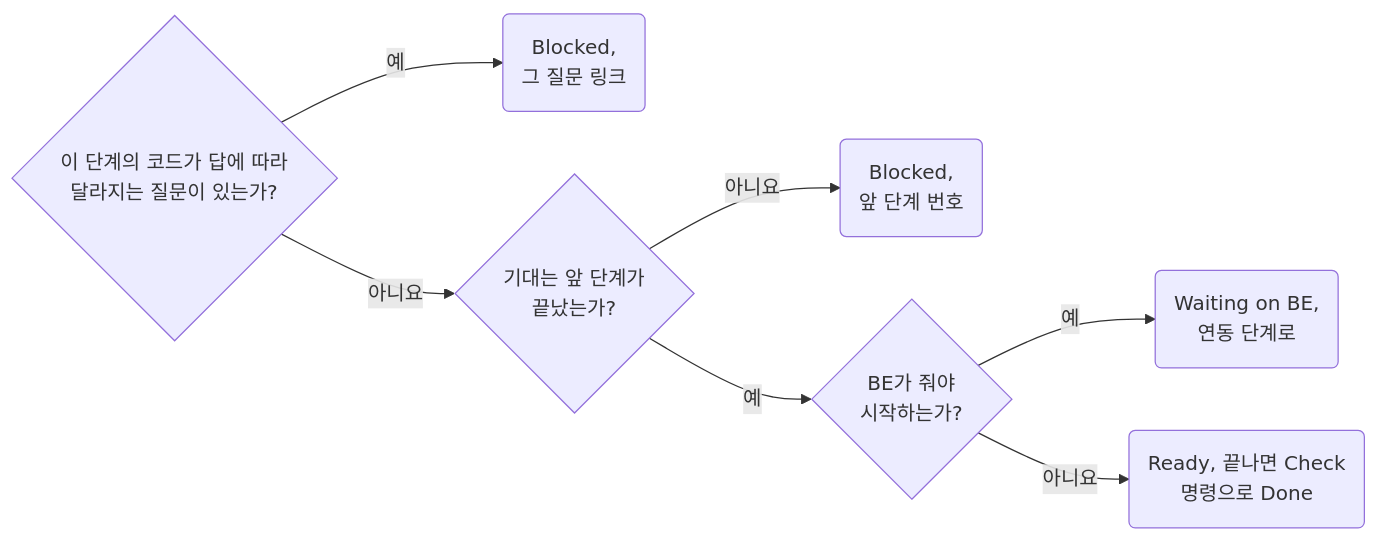
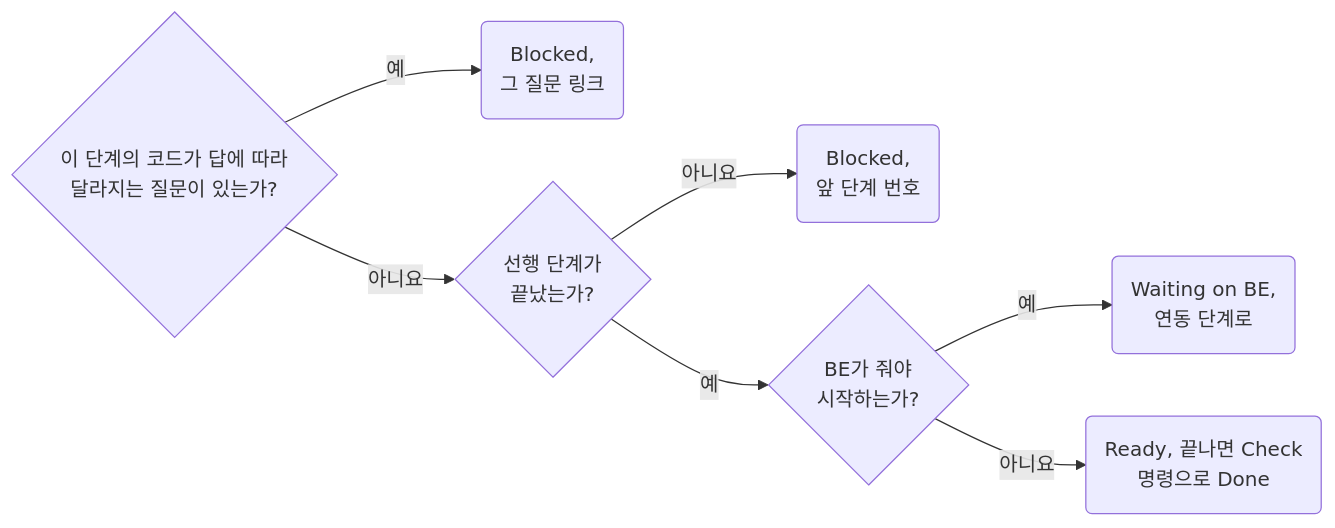
Before and after one commit to nomeehej/agent-conventions: the diagram in skill/blueprint/rules/05-01-stage-split-work-into-gated-stages.md, drawn with Mermaid. The commit also changed other lines of this file and 13 other files, not shown here.

````diff
--- a/skill/blueprint/rules/05-01-stage-split-work-into-gated-stages.md
+++ b/skill/blueprint/rules/05-01-stage-split-work-into-gated-stages.md
@@ -19,7 +19,7 @@
 ```mermaid
 flowchart LR
 	q1{"이 단계의 코드가 답에 따라<br>달라지는 질문이 있는가?"} -- 예 --> r1("Blocked,<br>그 질문 링크")
-	q1 -- 아니요 --> q2{"기대는 앞 단계가<br>끝났는가?"} -- 아니요 --> r2("Blocked,<br>앞 단계 번호")
+	q1 -- 아니요 --> q2{"선행 단계가<br>끝났는가?"} -- 아니요 --> r2("Blocked,<br>앞 단계 번호")
 	q2 -- 예 --> q3{"BE가 줘야<br>시작하는가?"} -- 예 --> r3("Waiting on BE,<br>연동 단계로")
 	q3 -- 아니요 --> r4("Ready, 끝나면 Check<br>명령으로 Done")
 ```
````
